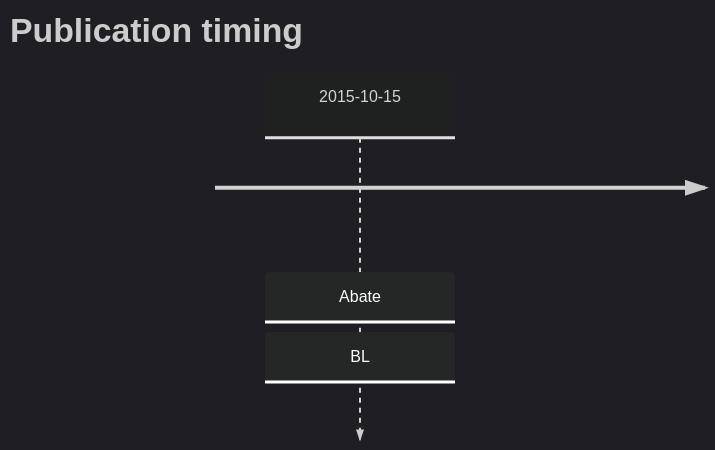
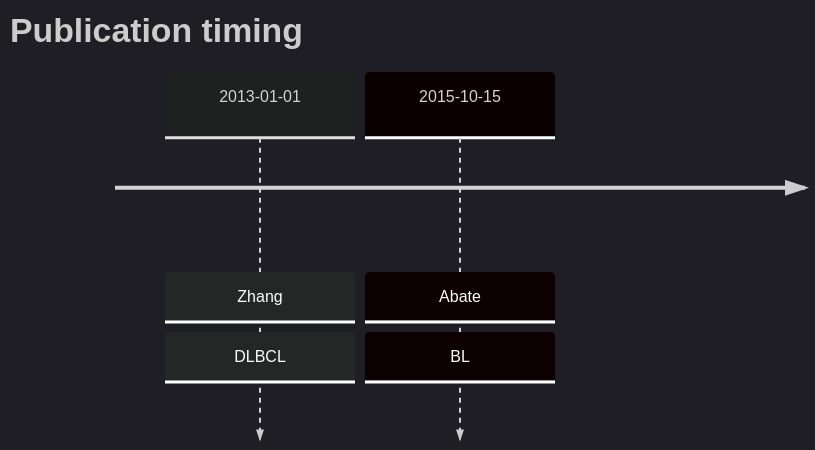
The diagram in CCNF.md (morinlab/lymphopedia), drawn with Mermaid before and after one commit. The commit also changed 1 other file, not shown here.

````diff
--- a/CCNF.md
+++ b/CCNF.md
@@ -9,6 +9,7 @@
 ```mermaid
 %%{init: { 'logLevel': 'debug', 'theme': 'dark' } }%%
 timeline
     title Publication timing
+      2013-01-01 : Zhang : DLBCL
       2015-10-15 : Abate : BL
 ```
````
